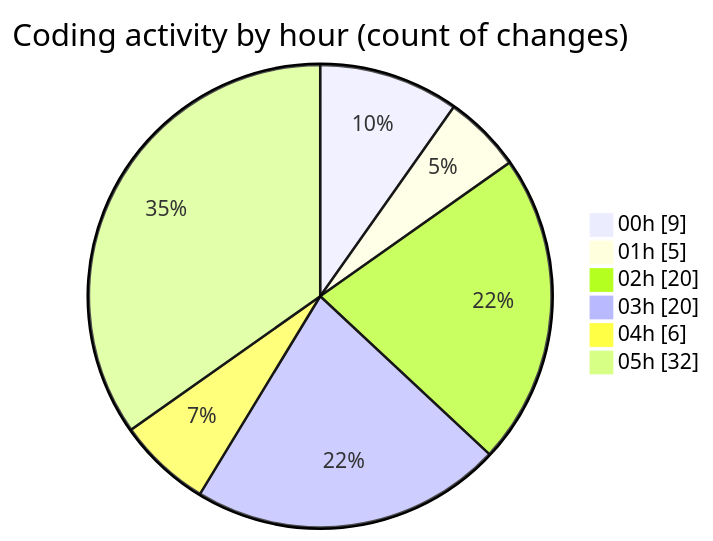
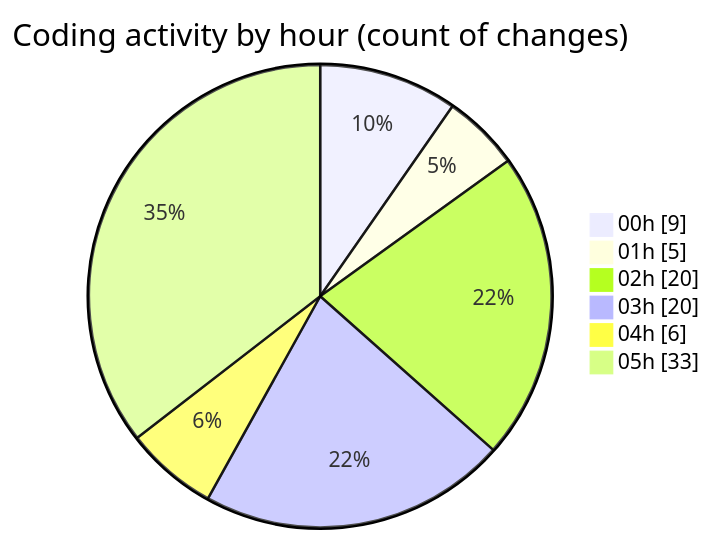
The second of 2 diagrams in 2025-08-05/studybuddy/README.md (lephambinh05/code-tracking), drawn with Mermaid before and after one commit. The commit also changed other lines of this file and 1 other file, not shown here.

````diff
--- a/2025-08-05/studybuddy/README.md
+++ b/2025-08-05/studybuddy/README.md
@@ -57,10 +59,10 @@
 ```mermaid
 pie showData
 title Coding activity by hour (count of changes)
 "00h" : 9
 "01h" : 5
 "02h" : 20
 "03h" : 20
 "04h" : 6
-"05h" : 32
+"05h" : 33
 ```
````
